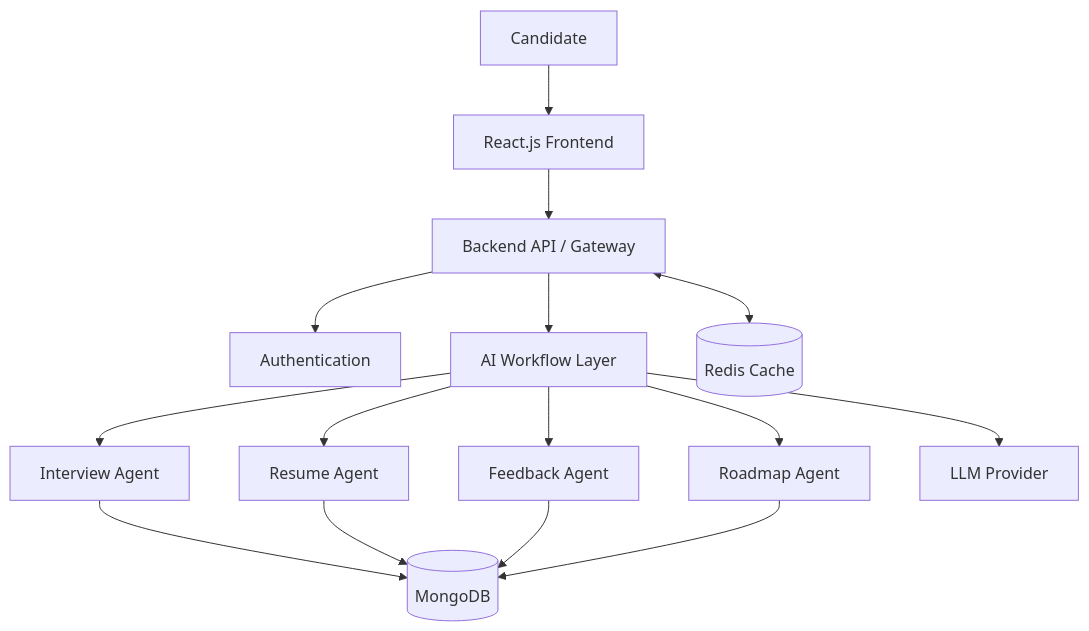
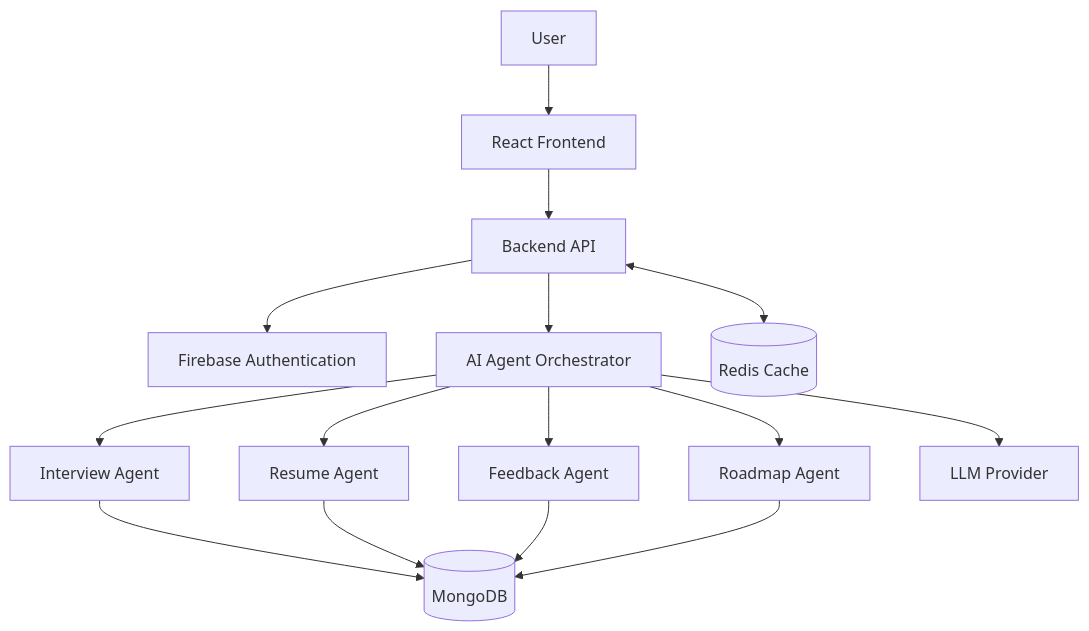
The diagram in README.md (yeasin-riyad/Intervexa-Monolithic-Architecture-backend), drawn with Mermaid before and after one commit. The commit also changed other lines of this file and 1 other file, not shown here.

````diff
--- a/README.md
+++ b/README.md
@@ -202,17 +160,24 @@
-``` mermaid
+```mermaid
 flowchart TD
-    A[Candidate] --> B[React.js Frontend]
-    B --> C[Backend API / Gateway]
-    C --> D[Authentication]
-    C --> E[AI Workflow Layer]
+    A[User] --> B[React Frontend]
+
+    B --> C[Backend API]
+
+    C --> D[Firebase Authentication]
+
+    C --> E[AI Agent Orchestrator]
+
     E --> F[Interview Agent]
     E --> G[Resume Agent]
     E --> H[Feedback Agent]
     E --> I[Roadmap Agent]
+
     F --> J[(MongoDB)]
     G --> J
     H --> J
     I --> J
+
     C <--> K[(Redis Cache)]
+
     E --> L[LLM Provider]
 ```
````
